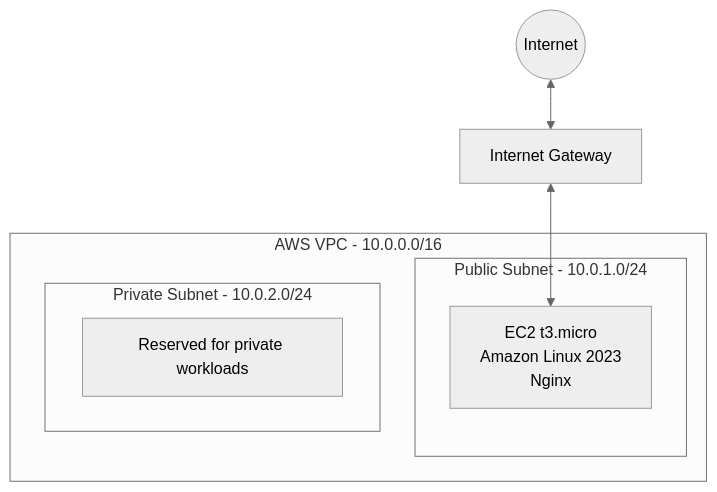
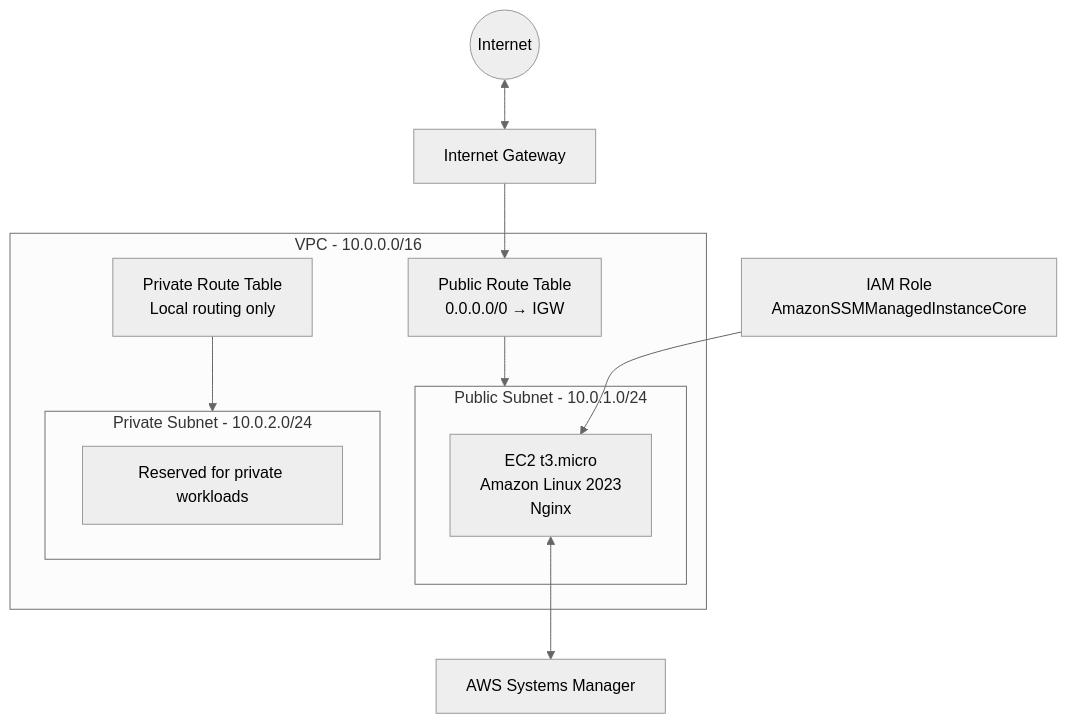
One commit to nikolasrerras/terraform-aws-infrastructure changed the diagram in README.md. Above: the diagram before and after it, drawn with Mermaid (neutral theme). The commit also changed other lines of this file and 1 other file, not shown here.

````diff
--- a/README.md
+++ b/README.md
@@ -20,18 +11,29 @@
 ```mermaid
 flowchart TB
     Internet((Internet))
     IGW[Internet Gateway]
+    SSM[AWS Systems Manager]
+    IAM["IAM Role<br/>AmazonSSMManagedInstanceCore"]
 
-    subgraph VPC["AWS VPC - 10.0.0.0/16"]
+    subgraph VPC["VPC - 10.0.0.0/16"]
+
         subgraph Public["Public Subnet - 10.0.1.0/24"]
             EC2["EC2 t3.micro<br/>Amazon Linux 2023<br/>Nginx"]
         end
 
         subgraph Private["Private Subnet - 10.0.2.0/24"]
-            Empty["Reserved for private workloads"]
+            Reserved["Reserved for private workloads"]
         end
+
+        PublicRT["Public Route Table<br/>0.0.0.0/0 → IGW"]
+        PrivateRT["Private Route Table<br/>Local routing only"]
     end
 
     Internet <--> IGW
-    IGW <--> EC2
+    IGW --> PublicRT
+    PublicRT --> Public
+    PrivateRT --> Private
+
+    IAM --> EC2
+    EC2 <--> SSM
 ```
````
